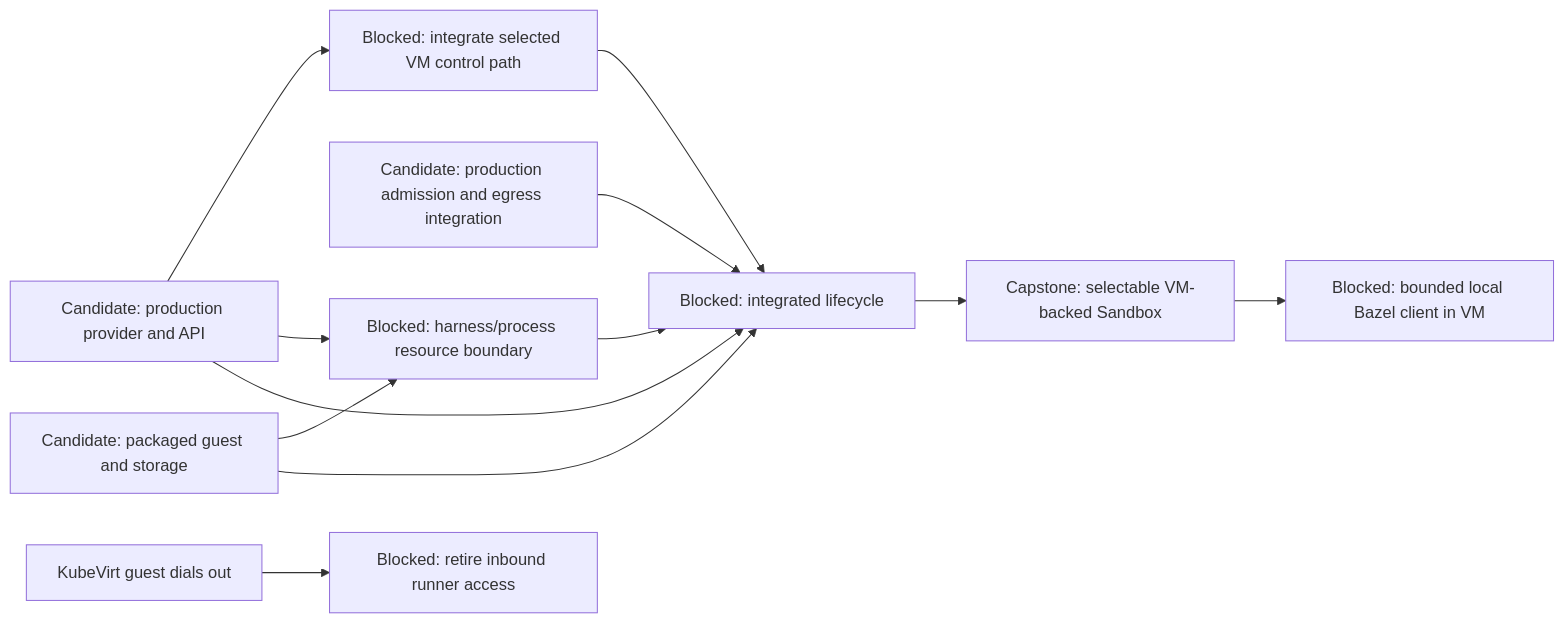
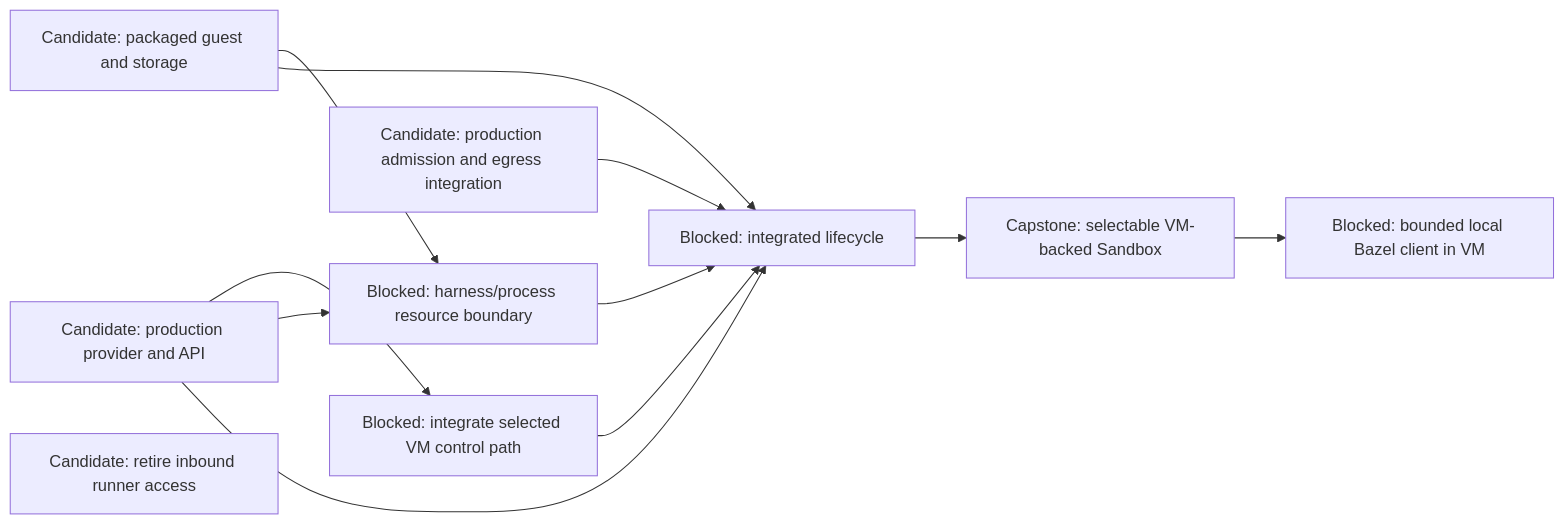
Before and after one commit to agentydragon-agent/ducktape: the sixth of 13 diagrams in agentplane/plans/task_dag.md, drawn with Mermaid. The commit also changed other lines of this file and 11 other files, not shown here.

````diff
--- a/agentplane/plans/task_dag.md
+++ b/agentplane/plans/task_dag.md
@@ -333,20 +333,20 @@
 ```mermaid
 flowchart LR
     VM_CONTROL_NETWORKING[Blocked: integrate selected VM control path]
     VM_IMAGE[Candidate: packaged guest and storage]
     VM_PROVIDER[Candidate: production provider and API]
     VM_EGRESS[Candidate: production admission and egress integration]
     VM_PROCESS_ISOLATION[Blocked: harness/process resource boundary]
     VM_LIFECYCLE[Blocked: integrated lifecycle]
-    KUBEVIRT_GUEST_CONTROL[KubeVirt guest dials out] --> RUNNER_INBOUND_RETIRE[Blocked: retire inbound runner access]
+    RUNNER_INBOUND_RETIRE[Candidate: retire inbound runner access]
     VM_PROVIDER --> VM_CONTROL_NETWORKING
     VM_CONTROL_NETWORKING --> VM_LIFECYCLE
     VM_IMAGE --> VM_PROCESS_ISOLATION
     VM_PROVIDER --> VM_PROCESS_ISOLATION
     VM_IMAGE --> VM_LIFECYCLE
     VM_PROVIDER --> VM_LIFECYCLE
     VM_EGRESS --> VM_LIFECYCLE
     VM_PROCESS_ISOLATION --> VM_LIFECYCLE
     VM_LIFECYCLE --> SANDBOX_VM_ISOLATION[Capstone: selectable VM-backed Sandbox]
     SANDBOX_VM_ISOLATION --> LOCAL_BAZEL[Blocked: bounded local Bazel client in VM]
 ```
````
